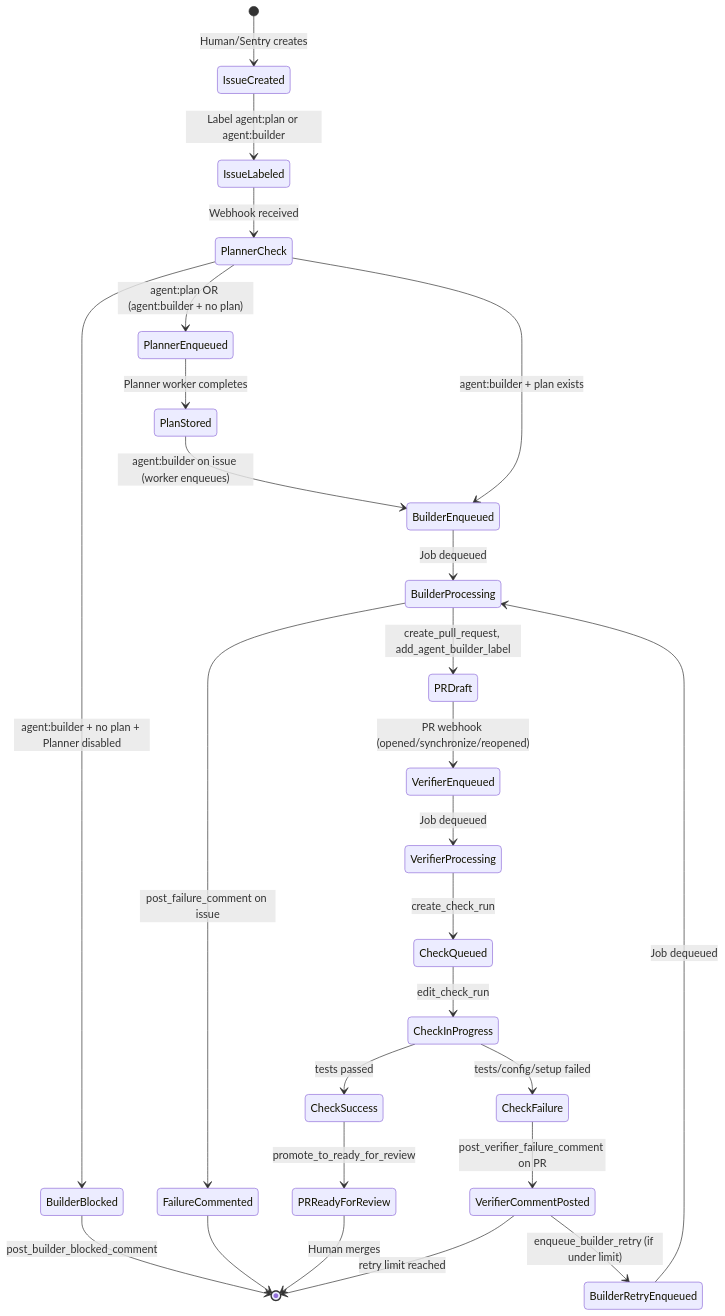
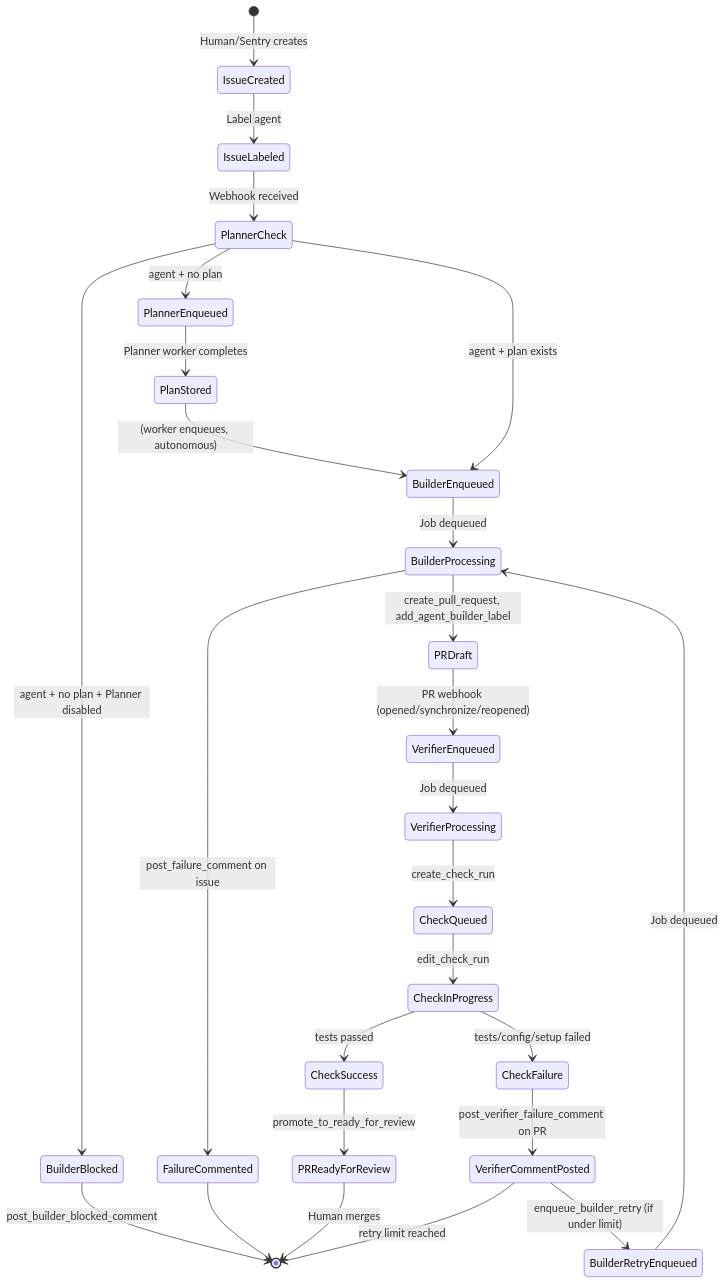
The diagram in docs/diagrams/agents-github-main-flow.mmd (datashaman/booty), drawn with Mermaid before and after one commit. The commit also changed 15 other files, not shown here.

First line of the commit message:
feat: single label 'agent' — system figures out Planner→Builder

```diff
--- a/docs/diagrams/agents-github-main-flow.mmd
+++ b/docs/diagrams/agents-github-main-flow.mmd
@@ -1,29 +1,29 @@
 stateDiagram-v2
     [*] --> IssueCreated: Human/Sentry creates
-    IssueCreated --> IssueLabeled: Label agent:plan or agent:builder
+    IssueCreated --> IssueLabeled: Label agent
     IssueLabeled --> PlannerCheck: Webhook received
-    PlannerCheck --> PlannerEnqueued: agent:plan OR (agent:builder + no plan)
+    PlannerCheck --> PlannerEnqueued: agent + no plan
     PlannerEnqueued --> PlanStored: Planner worker completes
-    PlanStored --> BuilderEnqueued: agent:builder on issue (worker enqueues)
-    PlannerCheck --> BuilderEnqueued: agent:builder + plan exists
-    PlannerCheck --> BuilderBlocked: agent:builder + no plan + Planner disabled
+    PlanStored --> BuilderEnqueued: (worker enqueues, autonomous)
+    PlannerCheck --> BuilderEnqueued: agent + plan exists
+    PlannerCheck --> BuilderBlocked: agent + no plan + Planner disabled
     BuilderBlocked --> [*]: post_builder_blocked_comment
     BuilderEnqueued --> BuilderProcessing: Job dequeued
     BuilderProcessing --> PRDraft: create_pull_request, add_agent_builder_label
     BuilderProcessing --> FailureCommented: post_failure_comment on issue
     FailureCommented --> [*]
 
     PRDraft --> VerifierEnqueued: PR webhook (opened/synchronize/reopened)
     VerifierEnqueued --> VerifierProcessing: Job dequeued
     VerifierProcessing --> CheckQueued: create_check_run
     CheckQueued --> CheckInProgress: edit_check_run
     CheckInProgress --> CheckSuccess: tests passed
     CheckInProgress --> CheckFailure: tests/config/setup failed
 
     CheckSuccess --> PRReadyForReview: promote_to_ready_for_review
     PRReadyForReview --> [*]: Human merges
 
     CheckFailure --> VerifierCommentPosted: post_verifier_failure_comment on PR
     VerifierCommentPosted --> BuilderRetryEnqueued: enqueue_builder_retry (if under limit)
     BuilderRetryEnqueued --> BuilderProcessing: Job dequeued
     VerifierCommentPosted --> [*]: retry limit reached
```
